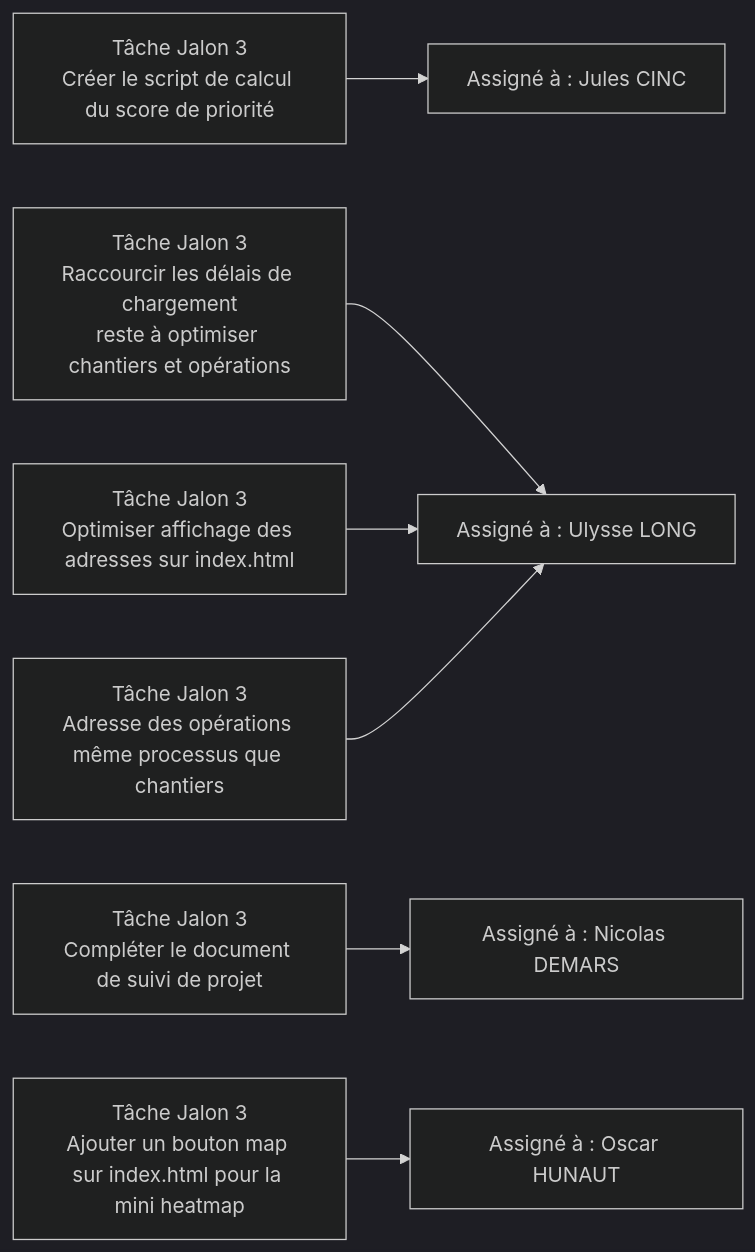
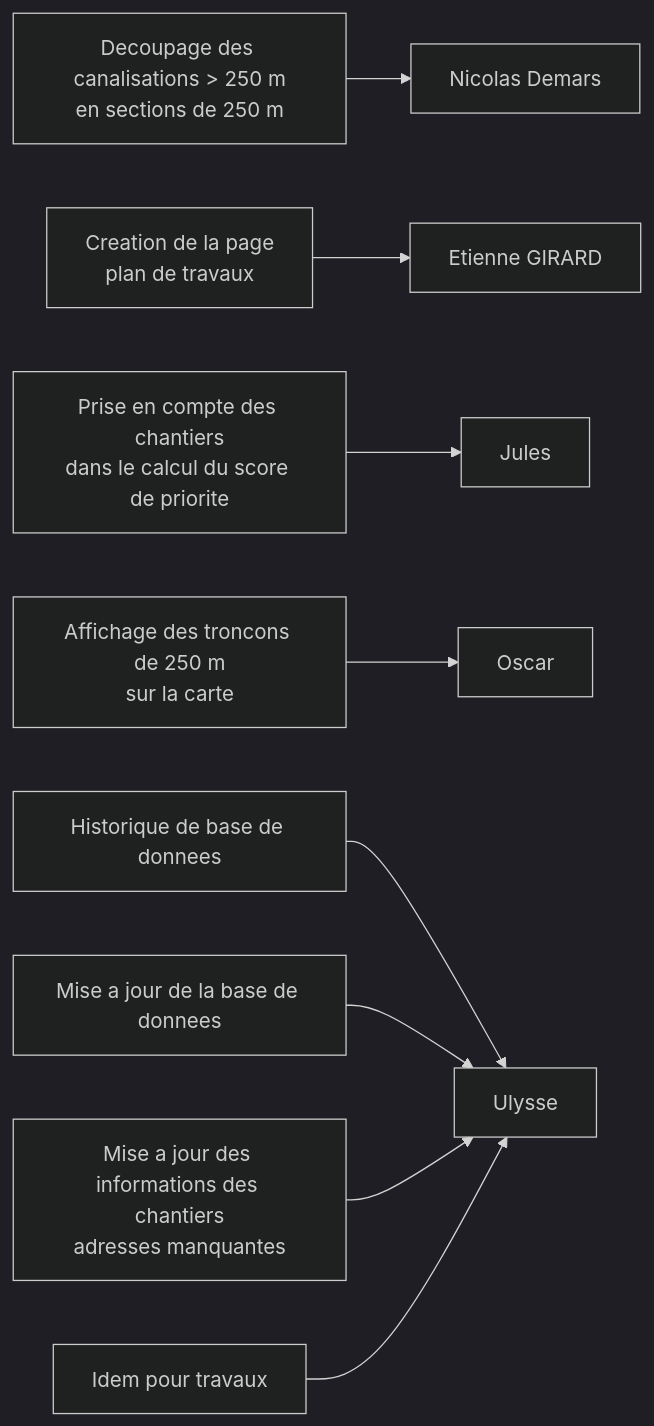
One commit to JulesCinc/RenovTaCana changed the diagram in README.md. Above: the diagram before and after it, drawn with Mermaid (dark theme). The commit also changed other lines of this file, not shown here.

Commit message:
Mise à jour du readme V2.2

````diff
--- a/README.md
+++ b/README.md
@@ -94,9 +100,11 @@
 ```mermaid
 flowchart LR
-    T[Tâche Jalon 3<br/>Créer le script de calcul du score de priorité] --> A[Assigné à : Jules CINC]
-    U1[Tâche Jalon 3<br/>Raccourcir les délais de chargement<br/>reste à optimiser chantiers et opérations] --> U[Assigné à : Ulysse LONG]
-    U2[Tâche Jalon 3<br/>Optimiser affichage des adresses sur index.html] --> U
-    U3[Tâche Jalon 3<br/>Adresse des opérations même processus que chantiers] --> U
-    N1[Tâche Jalon 3<br/>Compléter le document de suivi de projet] --> N[Assigné à : Nicolas DEMARS]
-    O1[Tâche Jalon 3<br/>Ajouter un bouton map sur index.html pour la mini heatmap] --> O[Assigné à : Oscar HUNAUT]
+    N1[Decoupage des canalisations > 250 m<br/>en sections de 250 m] --> N[Nicolas Demars]
+    E1[Creation de la page<br/>plan de travaux] --> E[Etienne GIRARD]
+    J1[Prise en compte des chantiers<br/>dans le calcul du score de priorite] --> J[Jules]
+    O1[Affichage des troncons de 250 m<br/>sur la carte] --> O[Oscar]
+    U1[Historique de base de donnees] --> U[Ulysse]
+    U2[Mise a jour de la base de donnees] --> U
+    U3[Mise a jour des informations des chantiers<br/>adresses manquantes] --> U
+    U4[Idem pour travaux] --> U
 ```
````
